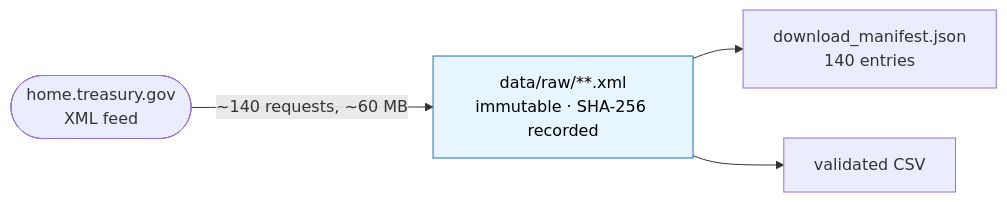
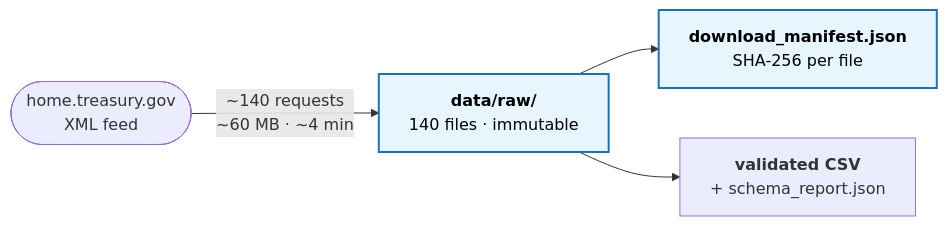
Before and after one commit to KrishnaAnnavaram/semantic-mcp-data-access-gateway: the third of 10 diagrams in README.md, drawn with Mermaid. The commit also changed other lines of this file, not shown here.

````diff
--- a/README.md
+++ b/README.md
@@ -282,10 +190,14 @@
 ```mermaid
 flowchart LR
     T(["home.treasury.gov<br/>XML feed"])
-    RAW["data/raw/**.xml<br/>immutable · SHA-256 recorded"]
-    MAN["download_manifest.json<br/>140 entries"]
-    CSV["validated CSV"]
-    T -->|"~140 requests, ~60 MB"| RAW --> MAN
+    RAW["<b>data/raw/</b><br/>140 files · immutable"]
+    MAN["<b>download_manifest.json</b><br/>SHA-256 per file"]
+    CSV["<b>validated CSV</b><br/>+ schema_report.json"]
+
+    T -->|"~140 requests<br/>~60 MB · ~4 min"| RAW
+    RAW --> MAN
     RAW --> CSV
-    style RAW fill:#e7f5ff,stroke:#1971c2,color:#000
+
+    classDef immutable fill:#e7f5ff,stroke:#1971c2,stroke-width:2px,color:#000
+    class RAW,MAN immutable
 ```
````
